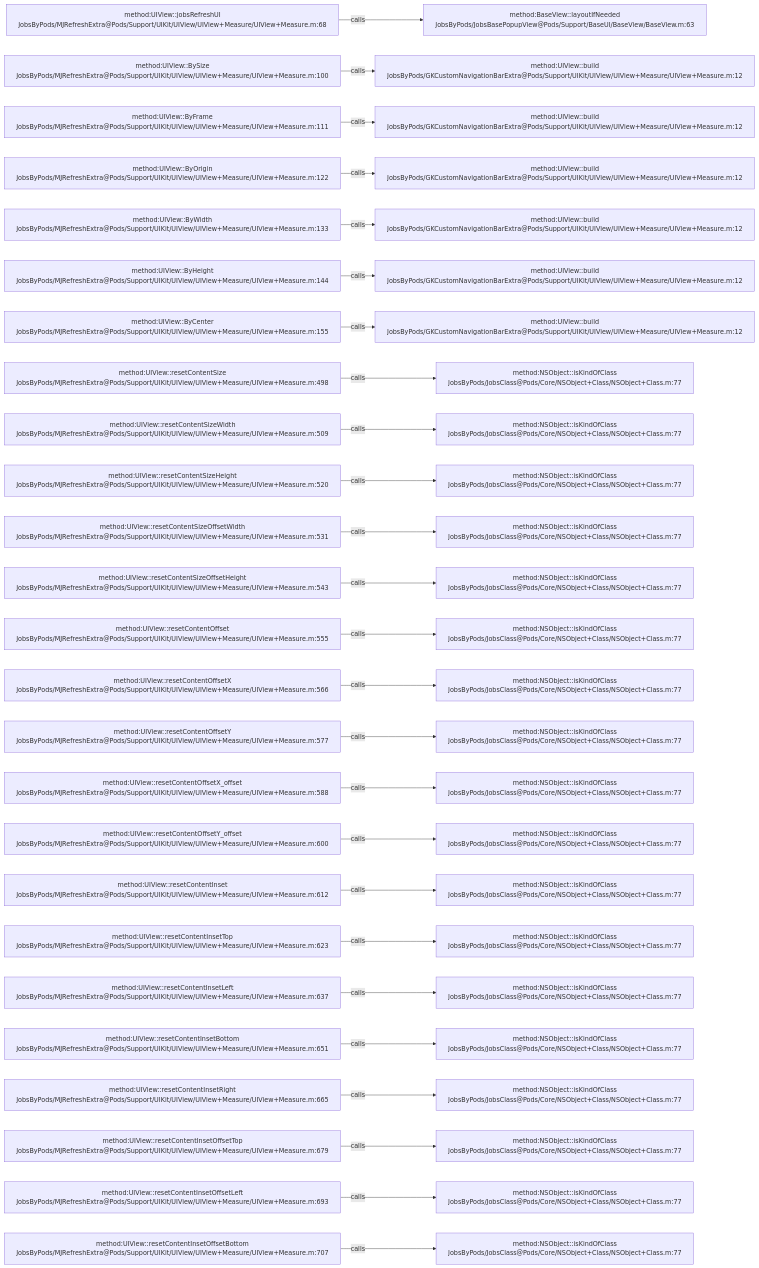
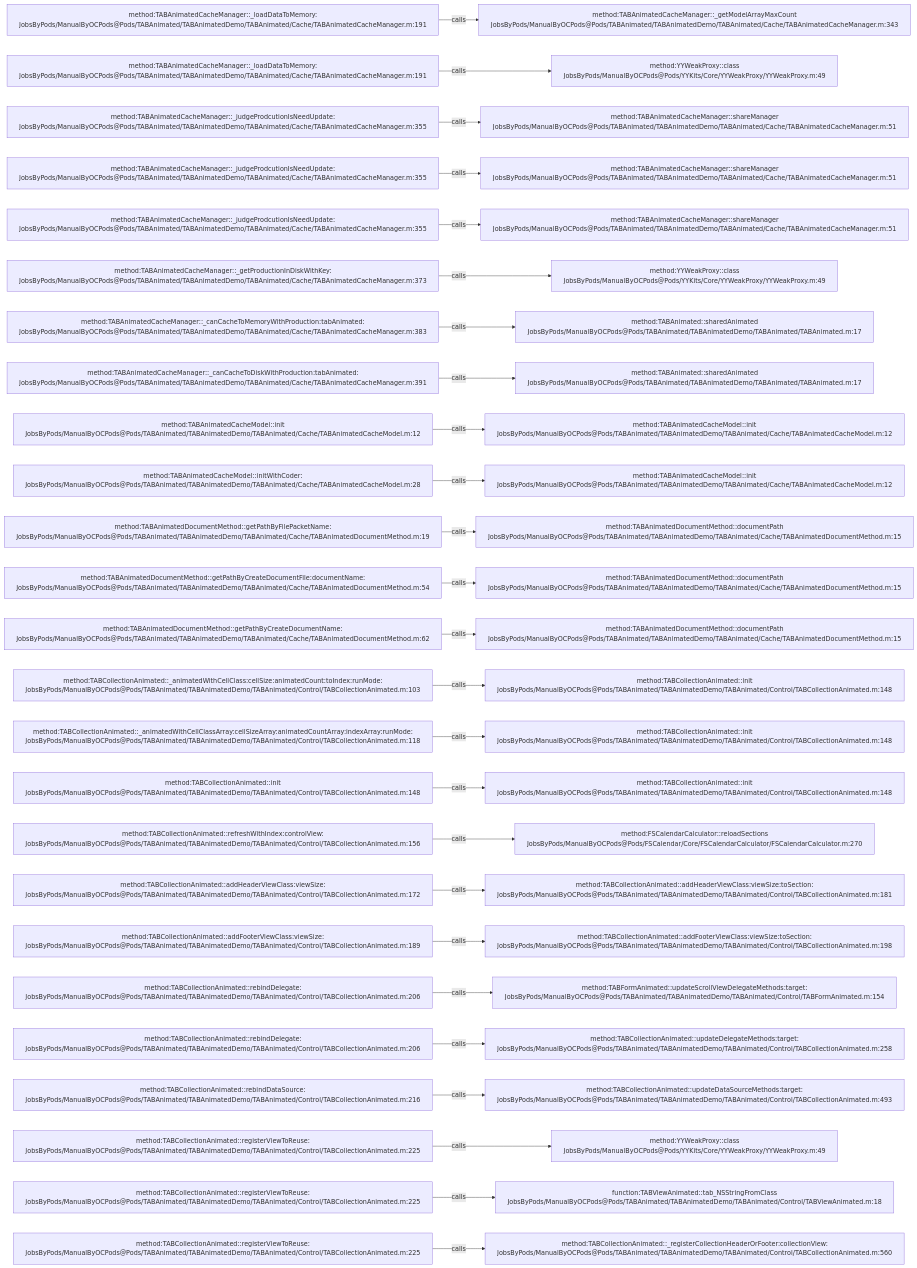
One commit to JobsKits/JobsOCBaseConfigDemo changed the diagram in .codegraph/codegraph.md/graphs/calls-184.md. Above: the diagram before and after it, drawn with Mermaid. The commit also changed 639 other files, not shown here.

````diff
--- a/.codegraph/codegraph.md/graphs/calls-184.md
+++ b/.codegraph/codegraph.md/graphs/calls-184.md
@@ -13,78 +13,78 @@
 ```mermaid
 flowchart LR
-  S1["method:UIView::jobsRefreshUI<br/>JobsByPods/MJRefreshExtra@Pods/Support/UIKit/UIView/UIView+Measure/UIView+Measure.m:68"]
-  T1["method:BaseView::layoutIfNeeded<br/>JobsByPods/JobsBasePopupView@Pods/Support/BaseUI/BaseView/BaseView.m:63"]
+  S1["method:TABAnimatedCacheManager::_loadDataToMemory:<br/>JobsByPods/ManualByOCPods@Pods/TABAnimated/TABAnimatedDemo/TABAnimated/Cache/TABAnimatedCacheManager.m:191"]
+  T1["method:TABAnimatedCacheManager::_getModelArrayMaxCount<br/>JobsByPods/ManualByOCPods@Pods/TABAnimated/TABAnimatedDemo/TABAnimated/Cache/TABAnimatedCacheManager.m:343"]
   S1 -->|calls| T1
-  S2["method:UIView::BySize<br/>JobsByPods/MJRefreshExtra@Pods/Support/UIKit/UIView/UIView+Measure/UIView+Measure.m:100"]
-  T2["method:UIView::build<br/>JobsByPods/GKCustomNavigationBarExtra@Pods/Support/UIKit/UIView/UIView+Measure/UIView+Measure.m:12"]
+  S2["method:TABAnimatedCacheManager::_loadDataToMemory:<br/>JobsByPods/ManualByOCPods@Pods/TABAnimated/TABAnimatedDemo/TABAnimated/Cache/TABAnimatedCacheManager.m:191"]
+  T2["method:YYWeakProxy::class<br/>JobsByPods/ManualByOCPods@Pods/YYKits/Core/YYWeakProxy/YYWeakProxy.m:49"]
   S2 -->|calls| T2
-  S3["method:UIView::ByFrame<br/>JobsByPods/MJRefreshExtra@Pods/Support/UIKit/UIView/UIView+Measure/UIView+Measure.m:111"]
-  T3["method:UIView::build<br/>JobsByPods/GKCustomNavigationBarExtra@Pods/Support/UIKit/UIView/UIView+Measure/UIView+Measure.m:12"]
+  S3["method:TABAnimatedCacheManager::_judgeProdcutionIsNeedUpdate:<br/>JobsByPods/ManualByOCPods@Pods/TABAnimated/TABAnimatedDemo/TABAnimated/Cache/TABAnimatedCacheManager.m:355"]
+  T3["method:TABAnimatedCacheManager::shareManager<br/>JobsByPods/ManualByOCPods@Pods/TABAnimated/TABAnimatedDemo/TABAnimated/Cache/TABAnimatedCacheManager.m:51"]
   S3 -->|calls| T3
-  S4["method:UIView::ByOrigin<br/>JobsByPods/MJRefreshExtra@Pods/Support/UIKit/UIView/UIView+Measure/UIView+Measure.m:122"]
-  T4["method:UIView::build<br/>JobsByPods/GKCustomNavigationBarExtra@Pods/Support/UIKit/UIView/UIView+Measure/UIView+Measure.m:12"]
+  S4["method:TABAnimatedCacheManager::_judgeProdcutionIsNeedUpdate:<br/>JobsByPods/ManualByOCPods@Pods/TABAnimated/TABAnimatedDemo/TABAnimated/Cache/TABAnimatedCacheManager.m:355"]
+  T4["method:TABAnimatedCacheManager::shareManager<br/>JobsByPods/ManualByOCPods@Pods/TABAnimated/TABAnimatedDemo/TABAnimated/Cache/TABAnimatedCacheManager.m:51"]
   S4 -->|calls| T4
-  S5["method:UIView::ByWidth<br/>JobsByPods/MJRefreshExtra@Pods/Support/UIKit/UIView/UIView+Measure/UIView+Measure.m:133"]
-  T5["method:UIView::build<br/>JobsByPods/GKCustomNavigationBarExtra@Pods/Support/UIKit/UIView/UIView+Measure/UIView+Measure.m:12"]
+  S5["method:TABAnimatedCacheManager::_judgeProdcutionIsNeedUpdate:<br/>JobsByPods/ManualByOCPods@Pods/TABAnimated/TABAnimatedDemo/TABAnimated/Cache/TABAnimatedCacheManager.m:355"]
+  T5["method:TABAnimatedCacheManager::shareManager<br/>JobsByPods/ManualByOCPods@Pods/TABAnimated/TABAnimatedDemo/TABAnimated/Cache/TABAnimatedCacheManager.m:51"]
   S5 -->|calls| T5
-  S6["method:UIView::ByHeight<br/>JobsByPods/MJRefreshExtra@Pods/Support/UIKit/UIView/UIView+Measure/UIView+Measure.m:144"]
-  T6["method:UIView::build<br/>JobsByPods/GKCustomNavigationBarExtra@Pods/Support/UIKit/UIView/UIView+Measure/UIView+Measure.m:12"]
+  S6["method:TABAnimatedCacheManager::_getProductionInDiskWithKey:<br/>JobsByPods/ManualByOCPods@Pods/TABAnimated/TABAnimatedDemo/TABAnimated/Cache/TABAnimatedCacheManager.m:373"]
+  T6["method:YYWeakProxy::class<br/>JobsByPods/ManualByOCPods@Pods/YYKits/Core/YYWeakProxy/YYWeakProxy.m:49"]
   S6 -->|calls| T6
-  S7["method:UIView::ByCenter<br/>JobsByPods/MJRefreshExtra@Pods/Support/UIKit/UIView/UIView+Measure/UIView+Measure.m:155"]
-  T7["method:UIView::build<br/>JobsByPods/GKCustomNavigationBarExtra@Pods/Support/UIKit/UIView/UIView+Measure/UIView+Measure.m:12"]
+  S7["method:TABAnimatedCacheManager::_canCacheToMemoryWithProduction:tabAnimated:<br/>JobsByPods/ManualByOCPods@Pods/TABAnimated/TABAnimatedDemo/TABAnimated/Cache/TABAnimatedCacheManager.m:383"]
+  T7["method:TABAnimated::sharedAnimated<br/>JobsByPods/ManualByOCPods@Pods/TABAnimated/TABAnimatedDemo/TABAnimated/TABAnimated.m:17"]
   S7 -->|calls| T7
-  S8["method:UIView::resetContentSize<br/>JobsByPods/MJRefreshExtra@Pods/Support/UIKit/UIView/UIView+Measure/UIView+Measure.m:498"]
-  T8["method:NSObject::isKindOfClass<br/>JobsByPods/JobsClass@Pods/Core/NSObject+Class/NSObject+Class.m:77"]
+  S8["method:TABAnimatedCacheManager::_canCacheToDiskWithProduction:tabAnimated:<br/>JobsByPods/ManualByOCPods@Pods/TABAnimated/TABAnimatedDemo/TABAnimated/Cache/TABAnimatedCacheManager.m:391"]
+  T8["method:TABAnimated::sharedAnimated<br/>JobsByPods/ManualByOCPods@Pods/TABAnimated/TABAnimatedDemo/TABAnimated/TABAnimated.m:17"]
   S8 -->|calls| T8
-  S9["method:UIView::resetContentSizeWidth<br/>JobsByPods/MJRefreshExtra@Pods/Support/UIKit/UIView/UIView+Measure/UIView+Measure.m:509"]
-  T9["method:NSObject::isKindOfClass<br/>JobsByPods/JobsClass@Pods/Core/NSObject+Class/NSObject+Class.m:77"]
+  S9["method:TABAnimatedCacheModel::init<br/>JobsByPods/ManualByOCPods@Pods/TABAnimated/TABAnimatedDemo/TABAnimated/Cache/TABAnimatedCacheModel.m:12"]
+  T9["method:TABAnimatedCacheModel::init<br/>JobsByPods/ManualByOCPods@Pods/TABAnimated/TABAnimatedDemo/TABAnimated/Cache/TABAnimatedCacheModel.m:12"]
   S9 -->|calls| T9
-  S10["method:UIView::resetContentSizeHeight<br/>JobsByPods/MJRefreshExtra@Pods/Support/UIKit/UIView/UIView+Measure/UIView+Measure.m:520"]
-  T10["method:NSObject::isKindOfClass<br/>JobsByPods/JobsClass@Pods/Core/NSObject+Class/NSObject+Class.m:77"]
+  S10["method:TABAnimatedCacheModel::initWithCoder:<br/>JobsByPods/ManualByOCPods@Pods/TABAnimated/TABAnimatedDemo/TABAnimated/Cache/TABAnimatedCacheModel.m:28"]
+  T10["method:TABAnimatedCacheModel::init<br/>JobsByPods/ManualByOCPods@Pods/TABAnimated/TABAnimatedDemo/TABAnimated/Cache/TABAnimatedCacheModel.m:12"]
   S10 -->|calls| T10
-  S11["method:UIView::resetContentSizeOffsetWidth<br/>JobsByPods/MJRefreshExtra@Pods/Support/UIKit/UIView/UIView+Measure/UIView+Measure.m:531"]
-  T11["method:NSObject::isKindOfClass<br/>JobsByPods/JobsClass@Pods/Core/NSObject+Class/NSObject+Class.m:77"]
+  S11["method:TABAnimatedDocumentMethod::getPathByFilePacketName:<br/>JobsByPods/ManualByOCPods@Pods/TABAnimated/TABAnimatedDemo/TABAnimated/Cache/TABAnimatedDocumentMethod.m:19"]
+  T11["method:TABAnimatedDocumentMethod::documentPath<br/>JobsByPods/ManualByOCPods@Pods/TABAnimated/TABAnimatedDemo/TABAnimated/Cache/TABAnimatedDocumentMethod.m:15"]
   S11 -->|calls| T11
-  S12["method:UIView::resetContentSizeOffsetHeight<br/>JobsByPods/MJRefreshExtra@Pods/Support/UIKit/UIView/UIView+Measure/UIView+Measure.m:543"]
-  T12["method:NSObject::isKindOfClass<br/>JobsByPods/JobsClass@Pods/Core/NSObject+Class/NSObject+Class.m:77"]
+  S12["method:TABAnimatedDocumentMethod::getPathByCreateDocumentFile:documentName:<br/>JobsByPods/ManualByOCPods@Pods/TABAnimated/TABAnimatedDemo/TABAnimated/Cache/TABAnimatedDocumentMethod.m:54"]
+  T12["method:TABAnimatedDocumentMethod::documentPath<br/>JobsByPods/ManualByOCPods@Pods/TABAnimated/TABAnimatedDemo/TABAnimated/Cache/TABAnimatedDocumentMethod.m:15"]
   S12 -->|calls| T12
-  S13["method:UIView::resetContentOffset<br/>JobsByPods/MJRefreshExtra@Pods/Support/UIKit/UIView/UIView+Measure/UIView+Measure.m:555"]
-  T13["method:NSObject::isKindOfClass<br/>JobsByPods/JobsClass@Pods/Core/NSObject+Class/NSObject+Class.m:77"]
+  S13["method:TABAnimatedDocumentMethod::getPathByCreateDocumentName:<br/>JobsByPods/ManualByOCPods@Pods/TABAnimated/TABAnimatedDemo/TABAnimated/Cache/TABAnimatedDocumentMethod.m:62"]
+  T13["method:TABAnimatedDocumentMethod::documentPath<br/>JobsByPods/ManualByOCPods@Pods/TABAnimated/TABAnimatedDemo/TABAnimated/Cache/TABAnimatedDocumentMethod.m:15"]
   S13 -->|calls| T13
-  S14["method:UIView::resetContentOffsetX<br/>JobsByPods/MJRefreshExtra@Pods/Support/UIKit/UIView/UIView+Measure/UIView+Measure.m:566"]
-  T14["method:NSObject::isKindOfClass<br/>JobsByPods/JobsClass@Pods/Core/NSObject+Class/NSObject+Class.m:77"]
+  S14["method:TABCollectionAnimated::_animatedWithCellClass:cellSize:animatedCount:toIndex:runMode:<br/>JobsByPods/ManualByOCPods@Pods/TABAnimated/TABAnimatedDemo/TABAnimated/Control/TABCollectionAnimated.m:103"]
+  T14["method:TABCollectionAnimated::init<br/>JobsByPods/ManualByOCPods@Pods/TABAnimated/TABAnimatedDemo/TABAnimated/Control/TABCollectionAnimated.m:148"]
   S14 -->|calls| T14
-  S15["method:UIView::resetContentOffsetY<br/>JobsByPods/MJRefreshExtra@Pods/Support/UIKit/UIView/UIView+Measure/UIView+Measure.m:577"]
-  T15["method:NSObject::isKindOfClass<br/>JobsByPods/JobsClass@Pods/Core/NSObject+Class/NSObject+Class.m:77"]
+  S15["method:TABCollectionAnimated::_animatedWithCellClassArray:cellSizeArray:animatedCountArray:indexArray:runMode:<br/>JobsByPods/ManualByOCPods@Pods/TABAnimated/TABAnimatedDemo/TABAnimated/Control/TABCollectionAnimated.m:118"]
+  T15["method:TABCollectionAnimated::init<br/>JobsByPods/ManualByOCPods@Pods/TABAnimated/TABAnimatedDemo/TABAnimated/Control/TABCollectionAnimated.m:148"]
   S15 -->|calls| T15
-  S16["method:UIView::resetContentOffsetX_offset<br/>JobsByPods/MJRefreshExtra@Pods/Support/UIKit/UIView/UIView+Measure/UIView+Measure.m:588"]
-  T16["method:NSObject::isKindOfClass<br/>JobsByPods/JobsClass@Pods/Core/NSObject+Class/NSObject+Class.m:77"]
+  S16["method:TABCollectionAnimated::init<br/>JobsByPods/ManualByOCPods@Pods/TABAnimated/TABAnimatedDemo/TABAnimated/Control/TABCollectionAnimated.m:148"]
+  T16["method:TABCollectionAnimated::init<br/>JobsByPods/ManualByOCPods@Pods/TABAnimated/TABAnimatedDemo/TABAnimated/Control/TABCollectionAnimated.m:148"]
   S16 -->|calls| T16
-  S17["method:UIView::resetContentOffsetY_offset<br/>JobsByPods/MJRefreshExtra@Pods/Support/UIKit/UIView/UIView+Measure/UIView+Measure.m:600"]
-  T17["method:NSObject::isKindOfClass<br/>JobsByPods/JobsClass@Pods/Core/NSObject+Class/NSObject+Class.m:77"]
+  S17["method:TABCollectionAnimated::refreshWithIndex:controlView:<br/>JobsByPods/ManualByOCPods@Pods/TABAnimated/TABAnimatedDemo/TABAnimated/Control/TABCollectionAnimated.m:156"]
+  T17["method:FSCalendarCalculator::reloadSections<br/>JobsByPods/ManualByOCPods@Pods/FSCalendar/Core/FSCalendarCalculator/FSCalendarCalculator.m:270"]
   S17 -->|calls| T17
-  S18["method:UIView::resetContentInset<br/>JobsByPods/MJRefreshExtra@Pods/Support/UIKit/UIView/UIView+Measure/UIView+Measure.m:612"]
-  T18["method:NSObject::isKindOfClass<br/>JobsByPods/JobsClass@Pods/Core/NSObject+Class/NSObject+Class.m:77"]
+  S18["method:TABCollectionAnimated::addHeaderViewClass:viewSize:<br/>JobsByPods/ManualByOCPods@Pods/TABAnimated/TABAnimatedDemo/TABAnimated/Control/TABCollectionAnimated.m:172"]
+  T18["method:TABCollectionAnimated::addHeaderViewClass:viewSize:toSection:<br/>JobsByPods/ManualByOCPods@Pods/TABAnimated/TABAnimatedDemo/TABAnimated/Control/TABCollectionAnimated.m:181"]
   S18 -->|calls| T18
-  S19["method:UIView::resetContentInsetTop<br/>JobsByPods/MJRefreshExtra@Pods/Support/UIKit/UIView/UIView+Measure/UIView+Measure.m:623"]
-  T19["method:NSObject::isKindOfClass<br/>JobsByPods/JobsClass@Pods/Core/NSObject+Class/NSObject+Class.m:77"]
+  S19["method:TABCollectionAnimated::addFooterViewClass:viewSize:<br/>JobsByPods/ManualByOCPods@Pods/TABAnimated/TABAnimatedDemo/TABAnimated/Control/TABCollectionAnimated.m:189"]
+  T19["method:TABCollectionAnimated::addFooterViewClass:viewSize:toSection:<br/>JobsByPods/ManualByOCPods@Pods/TABAnimated/TABAnimatedDemo/TABAnimated/Control/TABCollectionAnimated.m:198"]
   S19 -->|calls| T19
-  S20["method:UIView::resetContentInsetLeft<br/>JobsByPods/MJRefreshExtra@Pods/Support/UIKit/UIView/UIView+Measure/UIView+Measure.m:637"]
-  T20["method:NSObject::isKindOfClass<br/>JobsByPods/JobsClass@Pods/Core/NSObject+Class/NSObject+Class.m:77"]
+  S20["method:TABCollectionAnimated::rebindDelegate:<br/>JobsByPods/ManualByOCPods@Pods/TABAnimated/TABAnimatedDemo/TABAnimated/Control/TABCollectionAnimated.m:206"]
+  T20["method:TABFormAnimated::updateScrollViewDelegateMethods:target:<br/>JobsByPods/ManualByOCPods@Pods/TABAnimated/TABAnimatedDemo/TABAnimated/Control/TABFormAnimated.m:154"]
   S20 -->|calls| T20
-  S21["method:UIView::resetContentInsetBottom<br/>JobsByPods/MJRefreshExtra@Pods/Support/UIKit/UIView/UIView+Measure/UIView+Measure.m:651"]
-  T21["method:NSObject::isKindOfClass<br/>JobsByPods/JobsClass@Pods/Core/NSObject+Class/NSObject+Class.m:77"]
+  S21["method:TABCollectionAnimated::rebindDelegate:<br/>JobsByPods/ManualByOCPods@Pods/TABAnimated/TABAnimatedDemo/TABAnimated/Control/TABCollectionAnimated.m:206"]
+  T21["method:TABCollectionAnimated::updateDelegateMethods:target:<br/>JobsByPods/ManualByOCPods@Pods/TABAnimated/TABAnimatedDemo/TABAnimated/Control/TABCollectionAnimated.m:258"]
   S21 -->|calls| T21
-  S22["method:UIView::resetContentInsetRight<br/>JobsByPods/MJRefreshExtra@Pods/Support/UIKit/UIView/UIView+Measure/UIView+Measure.m:665"]
-  T22["method:NSObject::isKindOfClass<br/>JobsByPods/JobsClass@Pods/Core/NSObject+Class/NSObject+Class.m:77"]
+  S22["method:TABCollectionAnimated::rebindDataSource:<br/>JobsByPods/ManualByOCPods@Pods/TABAnimated/TABAnimatedDemo/TABAnimated/Control/TABCollectionAnimated.m:216"]
+  T22["method:TABCollectionAnimated::updateDataSourceMethods:target:<br/>JobsByPods/ManualByOCPods@Pods/TABAnimated/TABAnimatedDemo/TABAnimated/Control/TABCollectionAnimated.m:493"]
   S22 -->|calls| T22
-  S23["method:UIView::resetContentInsetOffsetTop<br/>JobsByPods/MJRefreshExtra@Pods/Support/UIKit/UIView/UIView+Measure/UIView+Measure.m:679"]
-  T23["method:NSObject::isKindOfClass<br/>JobsByPods/JobsClass@Pods/Core/NSObject+Class/NSObject+Class.m:77"]
+  S23["method:TABCollectionAnimated::registerViewToReuse:<br/>JobsByPods/ManualByOCPods@Pods/TABAnimated/TABAnimatedDemo/TABAnimated/Control/TABCollectionAnimated.m:225"]
+  T23["method:YYWeakProxy::class<br/>JobsByPods/ManualByOCPods@Pods/YYKits/Core/YYWeakProxy/YYWeakProxy.m:49"]
   S23 -->|calls| T23
-  S24["method:UIView::resetContentInsetOffsetLeft<br/>JobsByPods/MJRefreshExtra@Pods/Support/UIKit/UIView/UIView+Measure/UIView+Measure.m:693"]
-  T24["method:NSObject::isKindOfClass<br/>JobsByPods/JobsClass@Pods/Core/NSObject+Class/NSObject+Class.m:77"]
+  S24["method:TABCollectionAnimated::registerViewToReuse:<br/>JobsByPods/ManualByOCPods@Pods/TABAnimated/TABAnimatedDemo/TABAnimated/Control/TABCollectionAnimated.m:225"]
+  T24["function:TABViewAnimated::tab_NSStringFromClass<br/>JobsByPods/ManualByOCPods@Pods/TABAnimated/TABAnimatedDemo/TABAnimated/Control/TABViewAnimated.m:18"]
   S24 -->|calls| T24
-  S25["method:UIView::resetContentInsetOffsetBottom<br/>JobsByPods/MJRefreshExtra@Pods/Support/UIKit/UIView/UIView+Measure/UIView+Measure.m:707"]
-  T25["method:NSObject::isKindOfClass<br/>JobsByPods/JobsClass@Pods/Core/NSObject+Class/NSObject+Class.m:77"]
+  S25["method:TABCollectionAnimated::registerViewToReuse:<br/>JobsByPods/ManualByOCPods@Pods/TABAnimated/TABAnimatedDemo/TABAnimated/Control/TABCollectionAnimated.m:225"]
+  T25["method:TABCollectionAnimated::_registerCollectionHeaderOrFooter:collectionView:<br/>JobsByPods/ManualByOCPods@Pods/TABAnimated/TABAnimatedDemo/TABAnimated/Control/TABCollectionAnimated.m:560"]
   S25 -->|calls| T25
 ```
````
